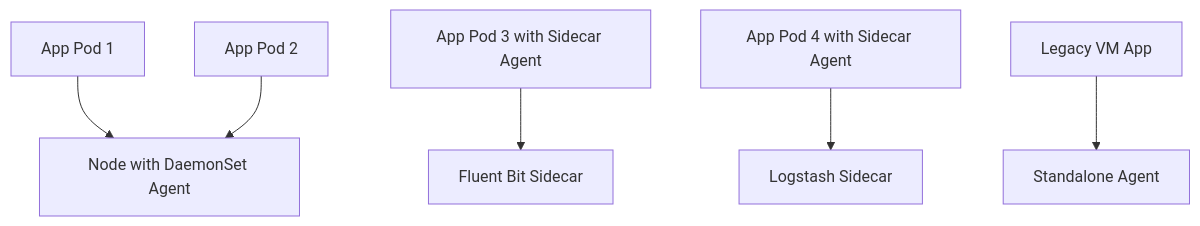
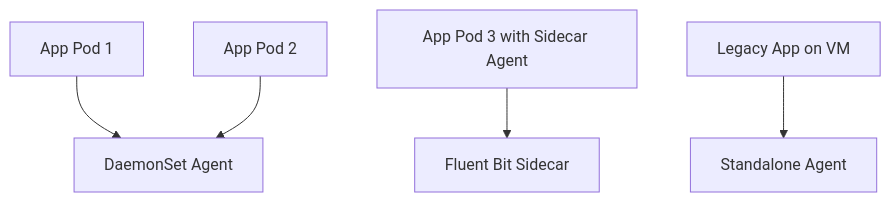
Before and after one commit to StevenJUlbrich/SRE-Training: the second of 2 diagrams in SRE CORE PRACTICES/day 04/training_material/Intermediate/day-04-intermediate-section-2.md, drawn with Mermaid. The commit also changed other lines of this file, not shown here.

````diff
--- a/SRE CORE PRACTICES/day 04/training_material/Intermediate/day-04-intermediate-section-2.md
+++ b/SRE CORE PRACTICES/day 04/training_material/Intermediate/day-04-intermediate-section-2.md
@@ -224,16 +255,7 @@
 ```mermaid
 graph TD
-    AppPod1[App Pod 1]
-    AppPod2[App Pod 2]
-    Node1[Node with DaemonSet Agent]
-    AppPod1 --> Node1
-    AppPod2 --> Node1
-
-    AppPod3[App Pod 3 with Sidecar Agent]
-    AppPod4[App Pod 4 with Sidecar Agent]
-
-    AppPod3 --> Sidecar3[Fluent Bit Sidecar]
-    AppPod4 --> Sidecar4[Logstash Sidecar]
-
-    VM[Legacy VM App] --> Agent[Standalone Agent]
+    A1[App Pod 1] --> N1[DaemonSet Agent]
+    A2[App Pod 2] --> N1
+    A3[App Pod 3 with Sidecar Agent] --> S3[Fluent Bit Sidecar]
+    VM1[Legacy App on VM] --> AG1[Standalone Agent]
 ```
````
